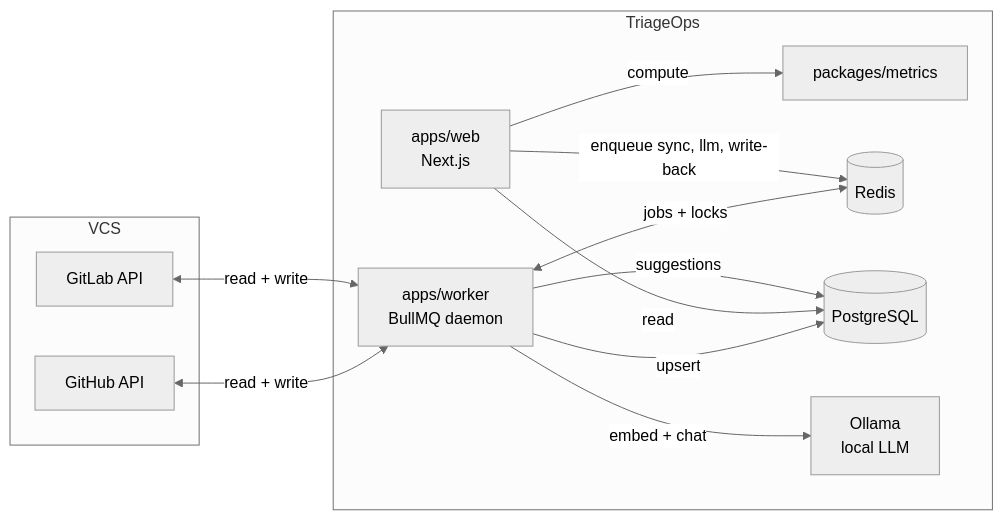
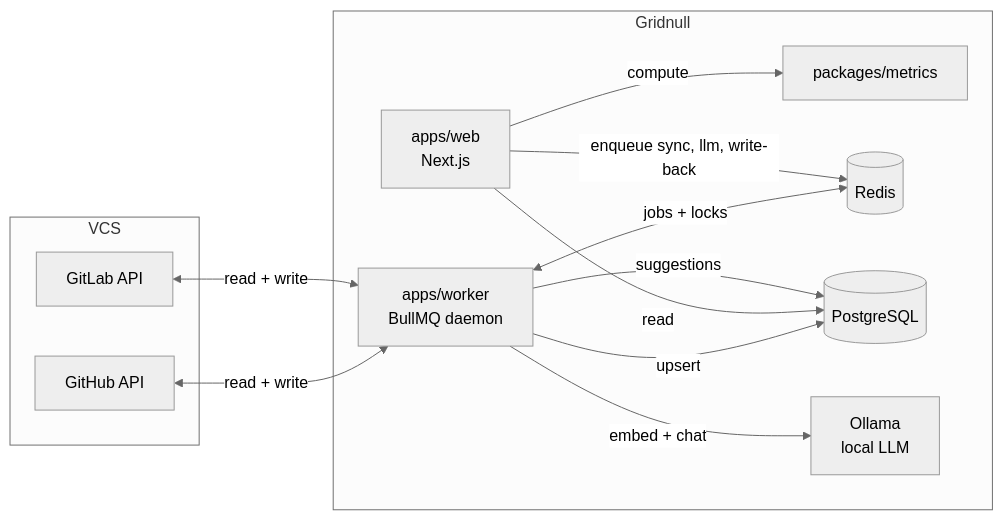
The diagram in docs/architecture.md (ktauchert/triage-ops), drawn with Mermaid (neutral theme) before and after one commit. The commit also changed other lines of this file and 162 other files, not shown here.

````diff
--- a/docs/architecture.md
+++ b/docs/architecture.md
@@ -7,26 +7,26 @@
 ```mermaid
 flowchart LR
   subgraph VCS
     GH[GitHub API]
     GL[GitLab API]
   end
 
-  subgraph TriageOps
+  subgraph Gridnull
     WEB[apps/web\nNext.js]
     WORKER[apps/worker\nBullMQ daemon]
     METRICS[packages/metrics]
     REDIS[(Redis)]
     PG[(PostgreSQL)]
     OLLAMA[Ollama\nlocal LLM]
   end
 
   GH <-->|read + write| WORKER
   GL <-->|read + write| WORKER
   WORKER -->|upsert| PG
   WORKER <-->|jobs + locks| REDIS
   WEB -->|read| PG
   WEB -->|compute| METRICS
   WEB -->|enqueue sync, llm, write-back| REDIS
   WORKER -->|embed + chat| OLLAMA
   WORKER -->|suggestions| PG
 ```
````
